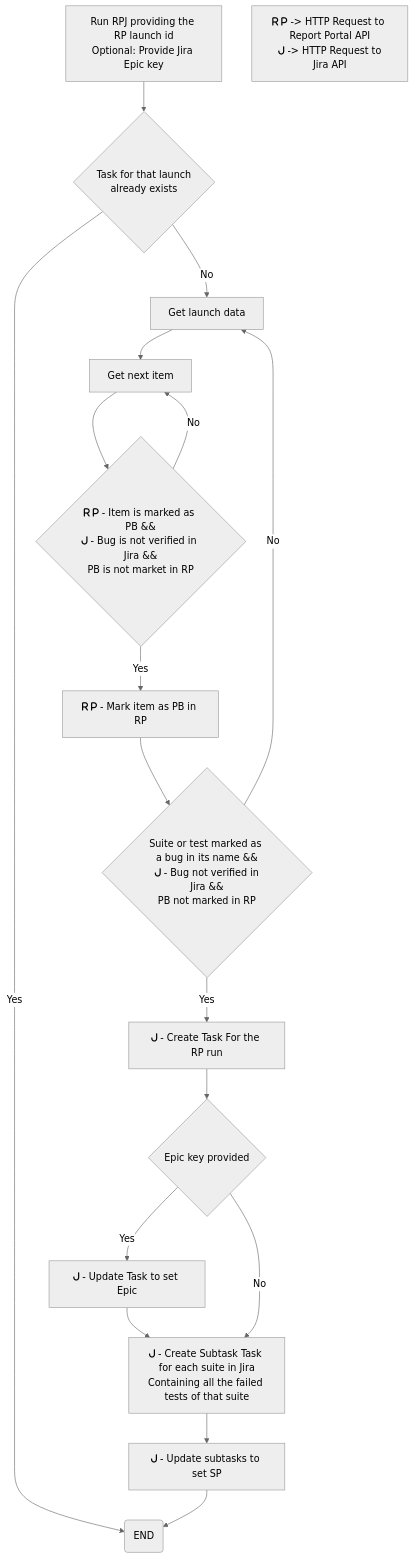
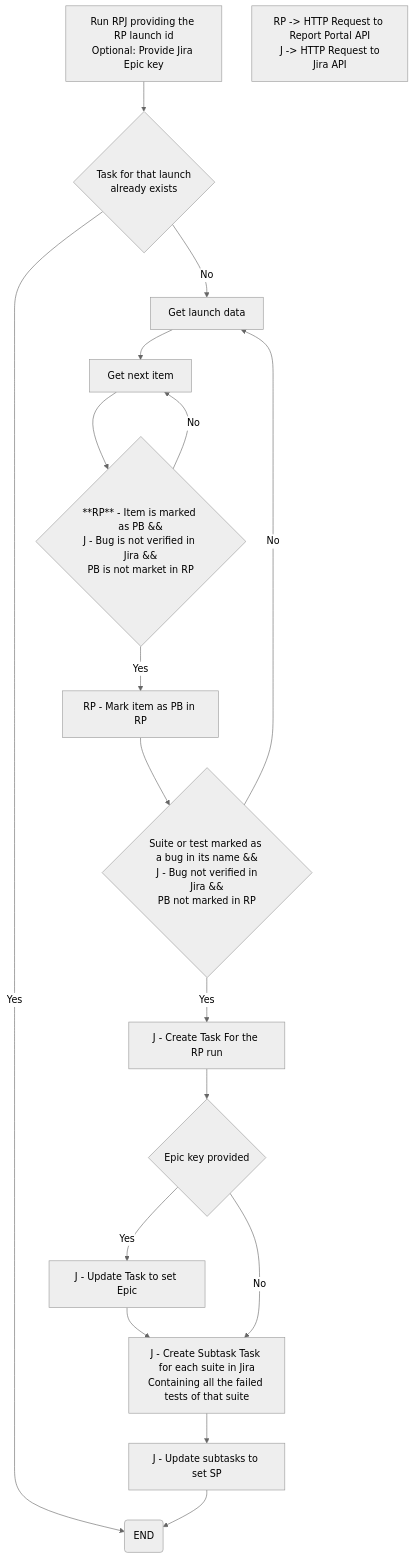
Before and after one commit to abrugaro/rp-jira-sync: the diagram in README.md, drawn with Mermaid (neutral theme). The commit also changed 1 other file, not shown here.

Commit message:
feat:add catalog-info.yaml config file (#9)

````diff
--- a/README.md
+++ b/README.md
@@ -41,24 +41,24 @@
 ```mermaid
 flowchart TD
     A[Run RPJ providing the RP launch id\nOptional: Provide Jira Epic key] --> B
     B{Task for that launch\n already exists}
     B --> |Yes| Z
     B --> |No| C
     C[Get launch data] --> D
     D[Get next item] --> E
-    E{fa:fa-r fa:fa-p - Item is marked as PB &&\nfa:fa-j - Bug is not verified in Jira &&\nPB is not market in RP}
+    E{**RP** - Item is marked as PB &&\nJ - Bug is not verified in Jira &&\nPB is not market in RP}
     E --> |No| D
     E --> |Yes| F
-    F[fa:fa-r fa:fa-p - Mark item as PB in RP] --> G
-    G{Suite or test marked as a bug in its name &&\n fa:fa-j - Bug not verified in Jira &&\nPB not marked in RP}
+    F[RP - Mark item as PB in RP] --> G
+    G{Suite or test marked as a bug in its name &&\n J - Bug not verified in Jira &&\nPB not marked in RP}
     G --> |No| C
     G --> |Yes| H
-    H[fa:fa-j - Create Task For the RP run] --> I
+    H[J - Create Task For the RP run] --> I
     I{Epic key provided} 
-    I --> |Yes| J[fa:fa-j - Update Task to set Epic] --> K
+    I --> |Yes| J[J - Update Task to set Epic] --> K
     I --> |No| K
-    K[fa:fa-j - Create Subtask Task for each suite in Jira\nContaining all the failed tests of that suite] --> L
-    L[fa:fa-j - Update subtasks to set SP] --> Z
+    K[J - Create Subtask Task for each suite in Jira\nContaining all the failed tests of that suite] --> L
+    L[J - Update subtasks to set SP] --> Z
     Z(END)
-    X[fa:fa-r fa:fa-p -> HTTP Request to Report Portal API\n fa:fa-j -> HTTP Request to Jira API]
+    X[RP -> HTTP Request to Report Portal API\n J -> HTTP Request to Jira API]
 ```
````
